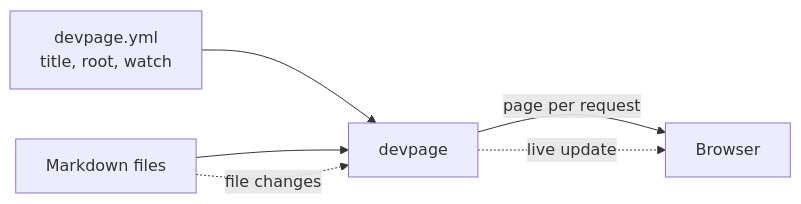
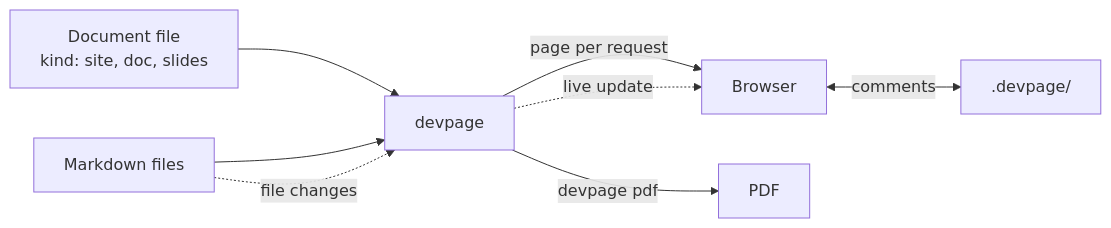
One commit to andrei512/devpage changed the diagram in docs/README.md. Above: the diagram before and after it, drawn with Mermaid. The commit also changed other lines of this file and 22 other files, not shown here.

First line of the commit message:
Design v0.1: three kinds of document, comments, link checking, PDF, deploying

````diff
--- a/docs/README.md
+++ b/docs/README.md
@@ -28,11 +29,15 @@
 ```mermaid
 flowchart LR
-  yml["devpage.yml<br/>title, root, watch"] --> devpage
+  yml["Document file<br/>kind: site, doc, slides"] --> devpage
   md["Markdown files"] --> devpage
   devpage -->|"page per request"| browser["Browser"]
   md -. "file changes" .-> devpage
   devpage -. "live update" .-> browser
-  click yml href "./boxes/viewer/configuration-reference/README.md" "Configuration reference"
-  click md href "./boxes/viewer/writing-a-document/README.md" "Writing a document"
+  browser <-->|"comments"| store[".devpage/"]
+  devpage -->|"devpage pdf"| pdf["PDF"]
+  click yml href "./boxes/viewer/writing-a-document/README.md" "Writing a document"
+  click md href "./boxes/viewer/writing-a-document/README.md#markdown-that-works" "Markdown that works"
   click devpage href "./boxes/viewer/README.md" "The viewer"
+  click store href "./boxes/viewer/comments/README.md" "Comments"
+  click pdf href "./boxes/viewer/pdf/README.md" "Printing to PDF"
 ```
````
